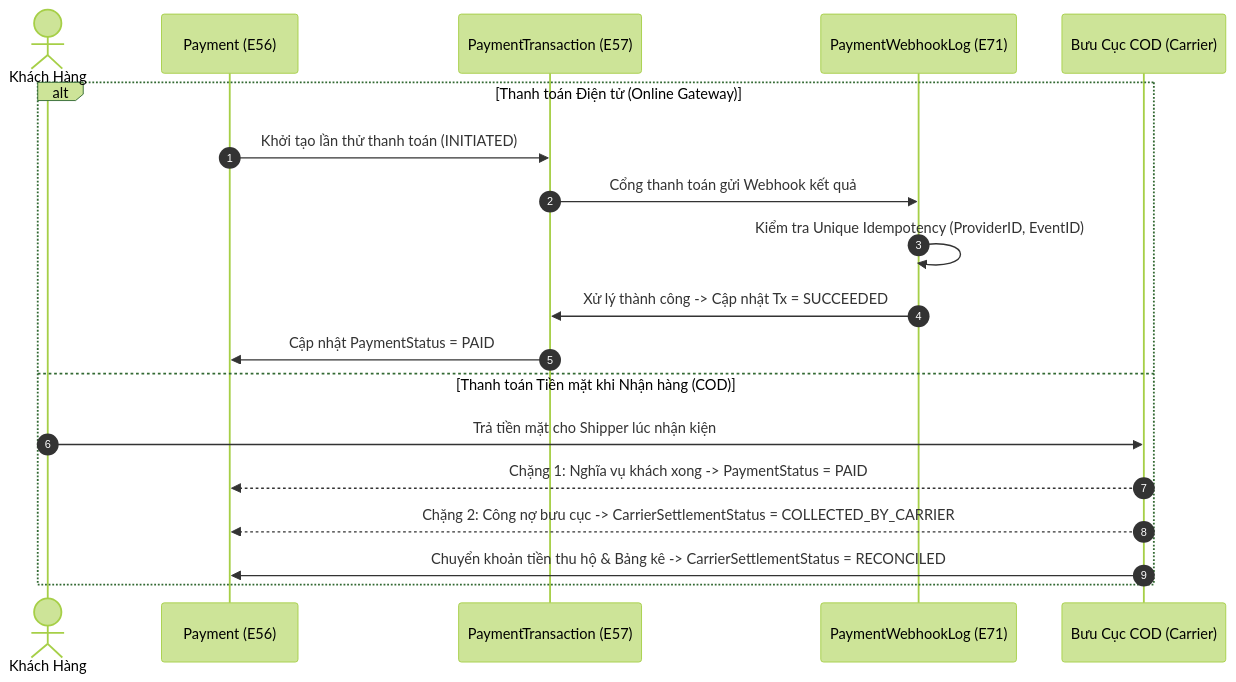
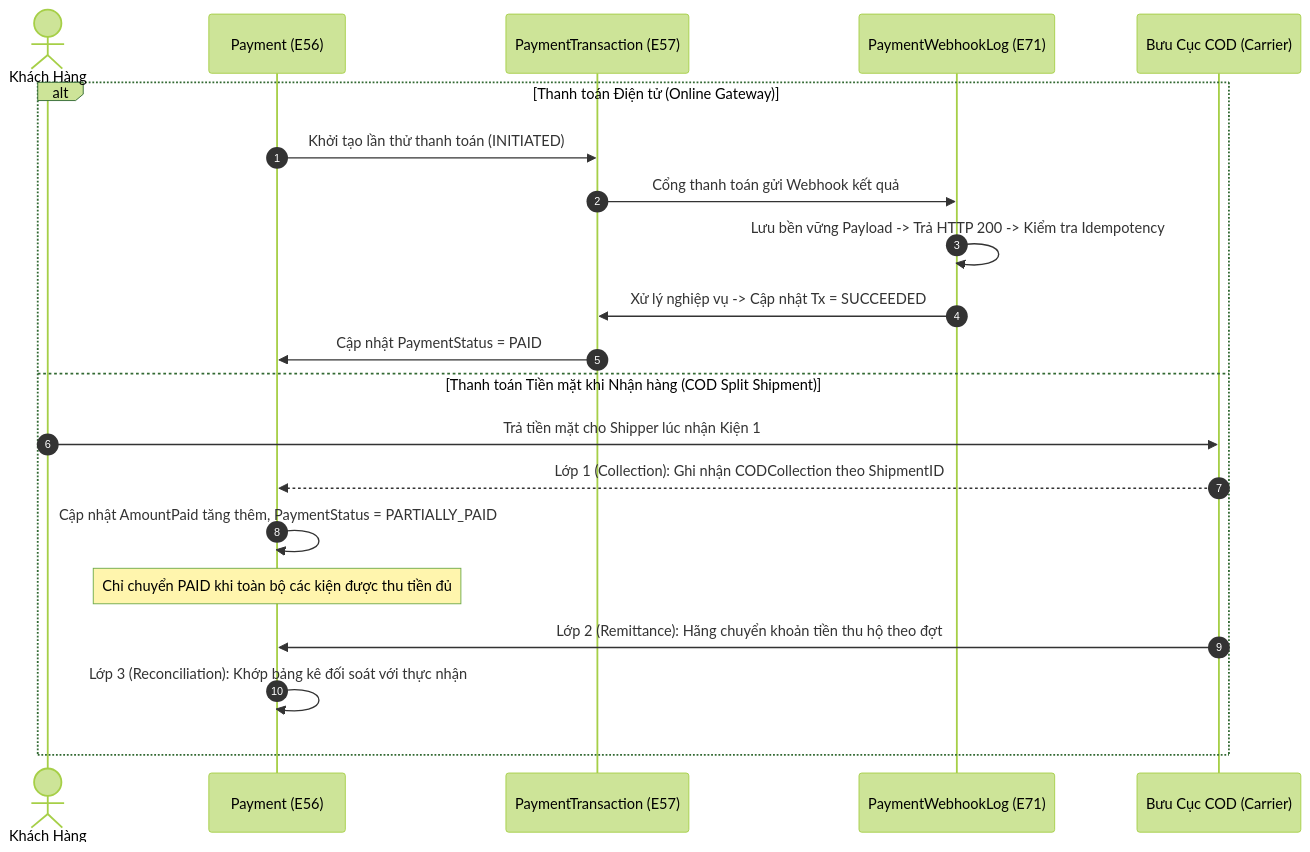
Before and after one commit to itzchugnn/RetailCore-E-commerce-Management-System: the eighth of 14 diagrams in docs/Project-Progress-Report-Pre-M3.md, drawn with Mermaid (forest theme). The commit also changed other lines of this file and 1 other file, not shown here.

First line of the commit message:
docs(m3): resolve pre-m3 architecture issues and upgrade progress report to v2.1

````diff
--- a/docs/Project-Progress-Report-Pre-M3.md
+++ b/docs/Project-Progress-Report-Pre-M3.md
@@ -332,22 +351,24 @@
 ```mermaid
 sequenceDiagram
     autonumber
     actor Cust as Khách Hàng
     participant Pay as Payment (E56)
     participant Tx as PaymentTransaction (E57)
     participant Log as PaymentWebhookLog (E71)
     participant Carrier as Bưu Cục COD (Carrier)
     
     alt Thanh toán Điện tử (Online Gateway)
         Pay->>Tx: Khởi tạo lần thử thanh toán (INITIATED)
         Tx->>Log: Cổng thanh toán gửi Webhook kết quả
-        Log->>Log: Kiểm tra Unique Idempotency (ProviderID, EventID)
-        Log->>Tx: Xử lý thành công -> Cập nhật Tx = SUCCEEDED
+        Log->>Log: Lưu bền vững Payload -> Trả HTTP 200 -> Kiểm tra Idempotency
+        Log->>Tx: Xử lý nghiệp vụ -> Cập nhật Tx = SUCCEEDED
         Tx->>Pay: Cập nhật PaymentStatus = PAID
-    else Thanh toán Tiền mặt khi Nhận hàng (COD)
-        Cust->>Carrier: Trả tiền mặt cho Shipper lúc nhận kiện
-        Carrier-->>Pay: Chặng 1: Nghĩa vụ khách xong -> PaymentStatus = PAID
-        Carrier-->>Pay: Chặng 2: Công nợ bưu cục -> CarrierSettlementStatus = COLLECTED_BY_CARRIER
-        Carrier->>Pay: Chuyển khoản tiền thu hộ & Bảng kê -> CarrierSettlementStatus = RECONCILED
+    else Thanh toán Tiền mặt khi Nhận hàng (COD Split Shipment)
+        Cust->>Carrier: Trả tiền mặt cho Shipper lúc nhận Kiện 1
+        Carrier-->>Pay: Lớp 1 (Collection): Ghi nhận CODCollection theo ShipmentID
+        Pay->>Pay: Cập nhật AmountPaid tăng thêm, PaymentStatus = PARTIALLY_PAID
+        Note over Pay: Chỉ chuyển PAID khi toàn bộ các kiện được thu tiền đủ
+        Carrier->>Pay: Lớp 2 (Remittance): Hãng chuyển khoản tiền thu hộ theo đợt
+        Pay->>Pay: Lớp 3 (Reconciliation): Khớp bảng kê đối soát với thực nhận
     end
 ```
````
